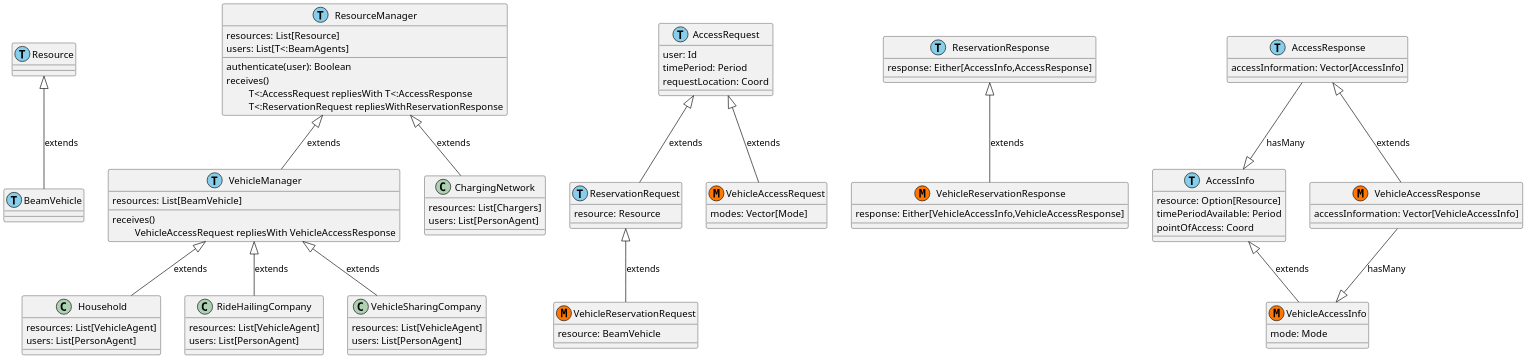
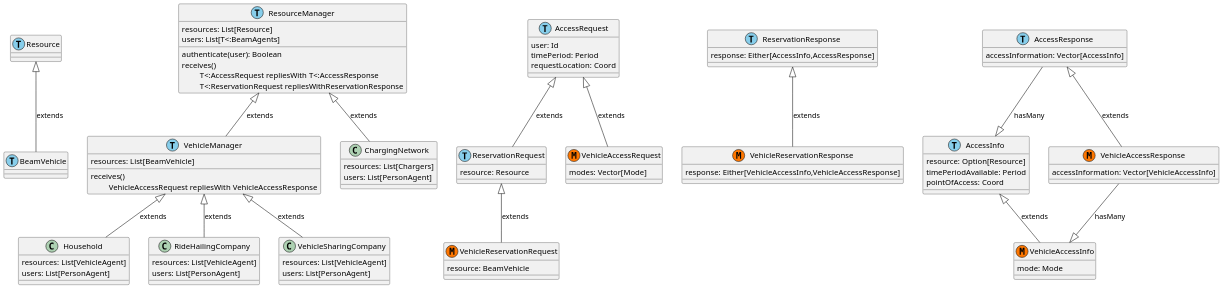
One commit to LBNL-UCB-STI/beam changed the diagram in docs/uml/ResourceManagers.puml. Above: the diagram before and after it, drawn with PlantUML. The commit also changed 1 other file, not shown here.

```diff
--- a/docs/uml/ResourceManagers.puml
+++ b/docs/uml/ResourceManagers.puml
@@ -1,96 +1,96 @@
 @startuml
-scale 1000 height
+scale 800 height
 
 ' See this page for diagram conventions:
 ' http://plantuml.com/class-diagram
 
 /'
 NOTES:
  '/
 class Resource << (T,skyblue) >>{
 }
 class BeamVehicle << (T,skyblue) >>{
 }
 
 class ResourceManager << (T,skyblue) >>{
   resources: List[Resource]
   users: List[T<:BeamAgents]
   authenticate(user): Boolean
   receives()\n \t T<:AccessRequest repliesWith T<:AccessResponse \n \t T<:ReservationRequest repliesWithReservationResponse
 }
 class ReservationRequest << (T,skyblue) >>{
     resource: Resource
 }
 class ReservationResponse << (T,skyblue) >>{
     response: Either[AccessInfo,AccessResponse]
 }
 class VehicleReservationRequest << (M,#FF7700) >>{
     resource: BeamVehicle
 }
 class VehicleReservationResponse << (M,#FF7700) >>{
     response: Either[VehicleAccessInfo,VehicleAccessResponse]
 }
 class AccessRequest << (T,skyblue) >>{
     user: Id
     timePeriod: Period
     requestLocation: Coord
 }
 class AccessResponse << (T,skyblue) >>{
     accessInformation: Vector[AccessInfo]
 }
 class AccessInfo << (T,skyblue) >>{
     resource: Option[Resource]
     timePeriodAvailable: Period
     pointOfAccess: Coord
 }
 class VehicleAccessResponse << (M,#FF7700) >>{
     accessInformation: Vector[VehicleAccessInfo]
 }
 class VehicleAccessRequest << (M,#FF7700) >>{
     modes: Vector[Mode]
 }
 class VehicleAccessInfo << (M,#FF7700) >>{
     mode: Mode
 }
 
 class VehicleManager << (T,skyblue) >>{
   resources: List[BeamVehicle]
   receives()\n \t VehicleAccessRequest repliesWith VehicleAccessResponse
 }
 
 class Household{
   resources: List[VehicleAgent]
   users: List[PersonAgent]
 }
 class RideHailingCompany {
   resources: List[VehicleAgent]
   users: List[PersonAgent]
 }
 class VehicleSharingCompany {
   resources: List[VehicleAgent]
   users: List[PersonAgent]
 }
 class ChargingNetwork{
   resources: List[Chargers]
   users: List[PersonAgent]
 }
 
 ResourceManager <|-- VehicleManager : extends
 VehicleManager <|-- Household : extends
 VehicleManager <|-- RideHailingCompany: extends
 VehicleManager <|-- VehicleSharingCompany: extends
 ResourceManager <|-- ChargingNetwork : extends
 
 AccessRequest <|-- VehicleAccessRequest : extends
 AccessResponse --|> AccessInfo: hasMany
 AccessResponse <|-- VehicleAccessResponse: extends
 VehicleAccessResponse --|> VehicleAccessInfo: hasMany
 AccessInfo <|-- VehicleAccessInfo: extends
 
 Resource <|-- BeamVehicle : extends
 
 AccessRequest <|-- ReservationRequest : extends
 ReservationRequest <|-- VehicleReservationRequest : extends
 ReservationResponse <|-- VehicleReservationResponse : extends
 
 @enduml
```
